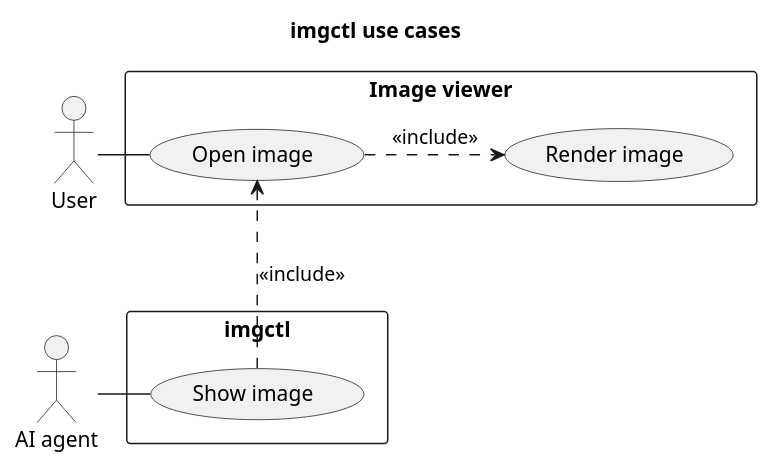
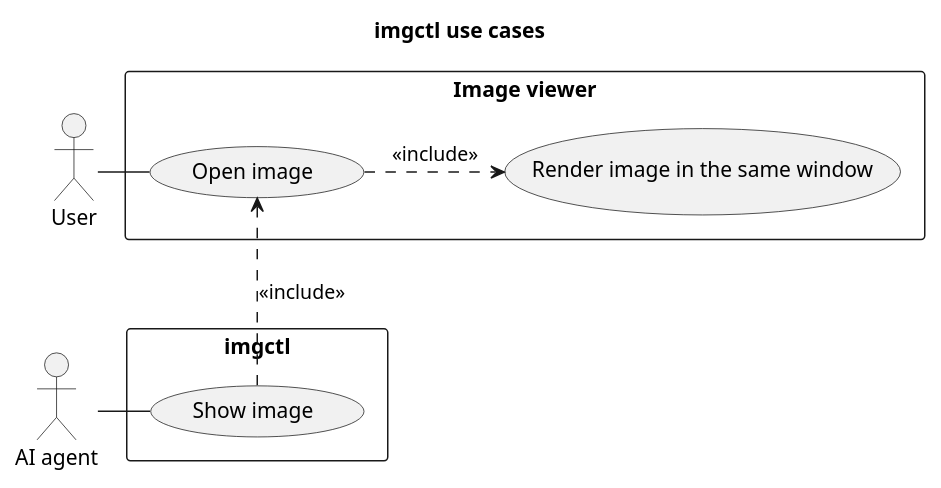
One commit to prapoju/imgctl changed the diagram in docs/diagrams/use-cases.puml. Above: the diagram before and after it, drawn with PlantUML. The commit also changed 14 other files, not shown here.

```diff
--- a/docs/diagrams/use-cases.puml
+++ b/docs/diagrams/use-cases.puml
@@ -1,23 +1,23 @@
 @startuml use-cases
 skinparam packageStyle rectangle
 
 title imgctl use cases
 
 actor "User" as user
 actor "AI agent" as agent
 
 rectangle "Image viewer" {
   usecase "Open image" as open_image
-  usecase "Render image" as render_image
+  usecase "Render image in the same window" as render_image
 }
 
 rectangle "imgctl" {
   usecase "Show image" as show_image
 }
 
 user - open_image
 show_image -left- agent
 open_image <.. show_image : <<include>>
 open_image .> render_image : <<include>>
 
 @enduml
```
